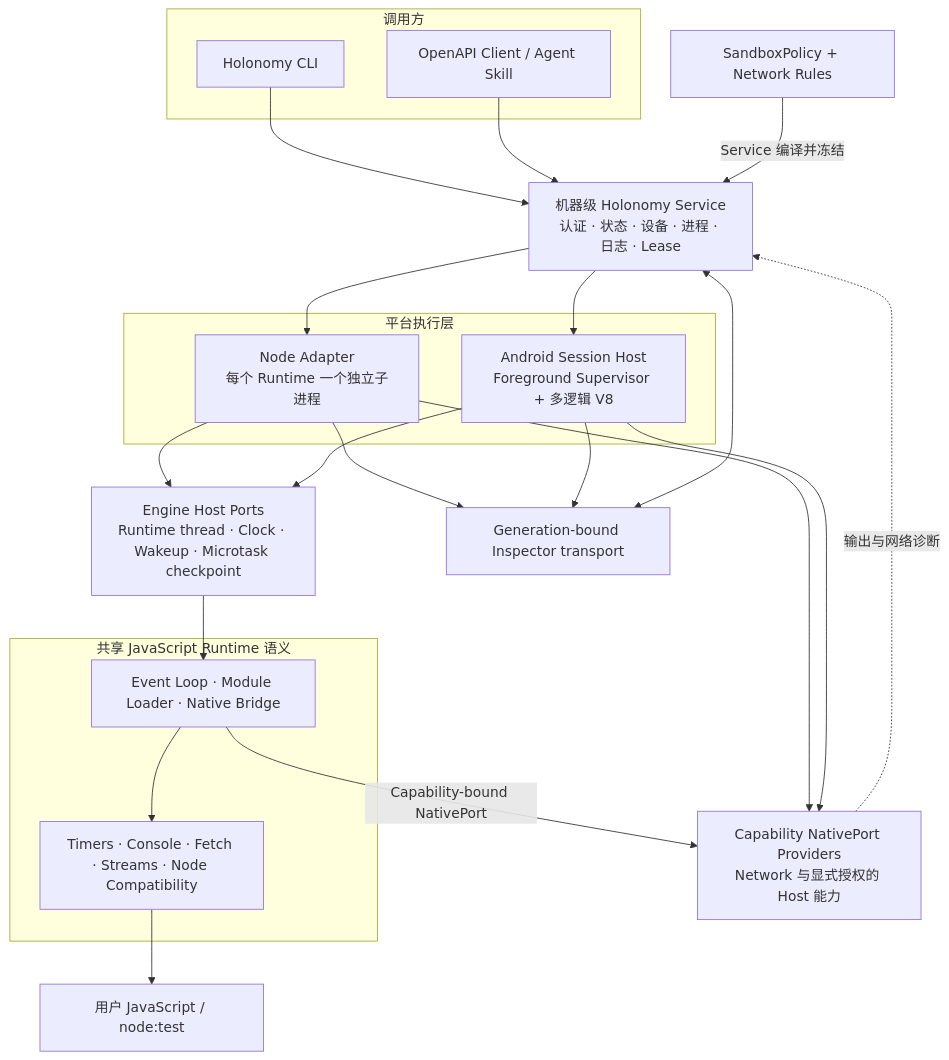
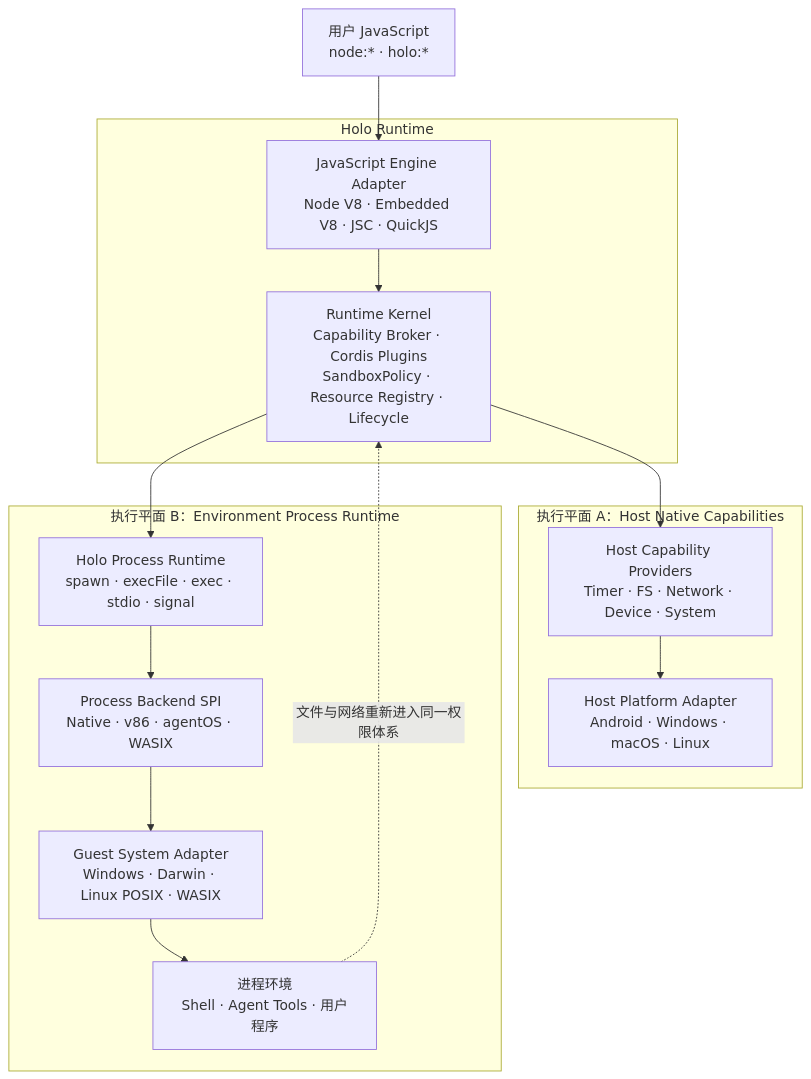
The first of 2 diagrams in .oo/docs/concepts/architecture.md (oneworks-ai/holonomy), drawn with Mermaid before and after one commit. The commit also changed other lines of this file and 1157 other files, not shown here.

Commit message:
feat: complete Holonomy M3.5 v86 runtime

````diff
--- a/.oo/docs/concepts/architecture.md
+++ b/.oo/docs/concepts/architecture.md
@@ -7,43 +7,31 @@
 ```mermaid
 flowchart TB
-  subgraph clients["调用方"]
-    cli["Holonomy CLI"]
-    api["OpenAPI Client / Agent Skill"]
+  app["用户 JavaScript<br/>node:* · holo:*"]
+
+  subgraph runtime["Holo Runtime"]
+    engine["JavaScript Engine Adapter<br/>Node V8 · Embedded V8 · JSC · QuickJS"]
+    kernel["Runtime Kernel<br/>Capability Broker · Cordis Plugins<br/>SandboxPolicy · Resource Registry · Lifecycle"]
   end
 
-  service["机器级 Holonomy Service<br/>认证 · 状态 · 设备 · 进程 · 日志 · Lease"]
-  policy["SandboxPolicy + Network Rules"]
-
-  subgraph targets["平台执行层"]
-    node["Node Adapter<br/>每个 Runtime 一个独立子进程"]
-    android["Android Session Host<br/>Foreground Supervisor + 多逻辑 V8"]
+  subgraph nativePlane["执行平面 A：Host Native Capabilities"]
+    providers["Host Capability Providers<br/>Timer · FS · Network · Device · System"]
+    host["Host Platform Adapter<br/>Android · Windows · macOS · Linux"]
   end
 
-  subgraph runtime["共享 JavaScript Runtime 语义"]
-    kernel["Event Loop · Module Loader · Native Bridge"]
-    apis["Timers · Console · Fetch · Streams · Node Compatibility"]
+  subgraph processPlane["执行平面 B：Environment Process Runtime"]
+    process["Holo Process Runtime<br/>spawn · execFile · exec · stdio · signal"]
+    backend["Process Backend SPI<br/>Native · v86 · agentOS · WASIX"]
+    system["Guest System Adapter<br/>Windows · Darwin · Linux POSIX · WASIX"]
+    environment["进程环境<br/>Shell · Agent Tools · 用户程序"]
   end
 
-  guest["用户 JavaScript / node:test"]
-  engine["Engine Host Ports<br/>Runtime thread · Clock · Wakeup · Microtask checkpoint"]
-  native["Capability NativePort Providers<br/>Network 与显式授权的 Host 能力"]
-  inspector["Generation-bound Inspector transport"]
-
-  cli --> service
-  api --> service
-  policy -->|"Service 编译并冻结"| service
-  service --> node
-  service --> android
-  node --> engine
-  android --> engine
+  app --> engine
   engine --> kernel
-  node --> native
-  android --> native
-  node --> inspector
-  android --> inspector
-  kernel --> apis
-  apis --> guest
-  kernel -->|"Capability-bound NativePort"| native
-  native -. "输出与网络诊断" .-> service
-  service <--> inspector
+  kernel --> providers
+  providers --> host
+  kernel --> process
+  process --> backend
+  backend --> system
+  system --> environment
+  environment -. "文件与网络重新进入同一权限体系" .-> kernel
 ```
````
